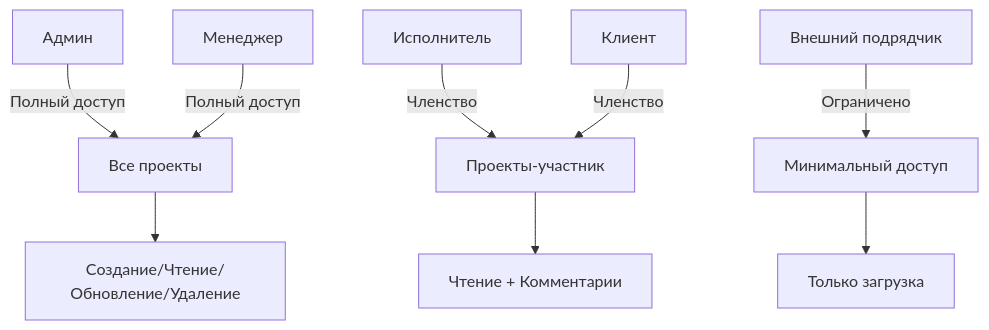
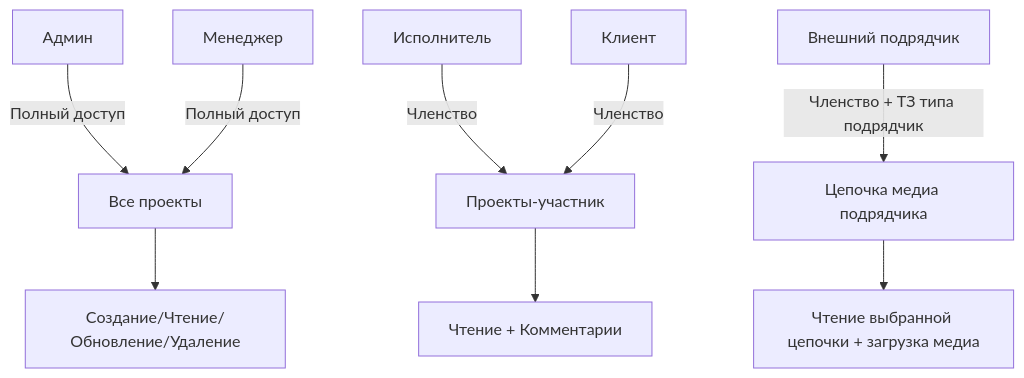
Before and after one commit to eQurane/mox: the first of 3 diagrams in .cursor/rules/access-matrix.mdc, drawn with Mermaid. The commit also changed other lines of this file and 14 other files, not shown here.

````diff
--- a/.cursor/rules/access-matrix.mdc
+++ b/.cursor/rules/access-matrix.mdc
@@ -57,18 +59,18 @@
 ```mermaid
 graph TD
     Admin[Админ]
     Manager[Менеджер]
     Executor[Исполнитель]
     Contractor[Внешний подрядчик]
     Client[Клиент]
     
     Admin -->|Полный доступ| AllProjects[Все проекты]
     Manager -->|Полный доступ| AllProjects
     Executor -->|Членство| MemberProjects[Проекты-участник]
     Client -->|Членство| MemberProjects
-    Contractor -->|Ограничено| Limited[Минимальный доступ]
+    Contractor -->|Членство + ТЗ типа подрядчик| ContractorScope[Цепочка медиа подрядчика]
     
     AllProjects --> CRUD[Создание/Чтение/Обновление/Удаление]
     MemberProjects --> Read[Чтение + Комментарии]
-    Limited --> Upload[Только загрузка]
+    ContractorScope --> Upload[Чтение выбранной цепочки + загрузка медиа]
 ```
````
